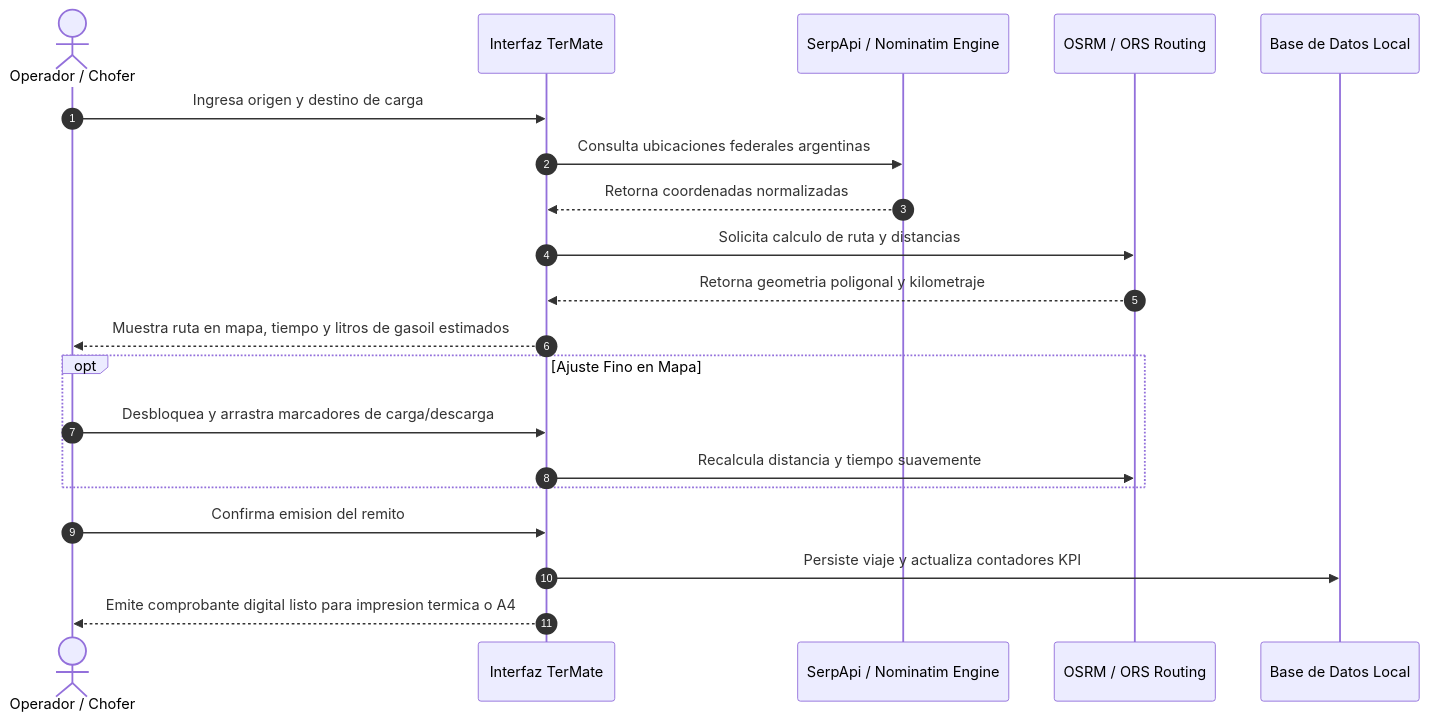
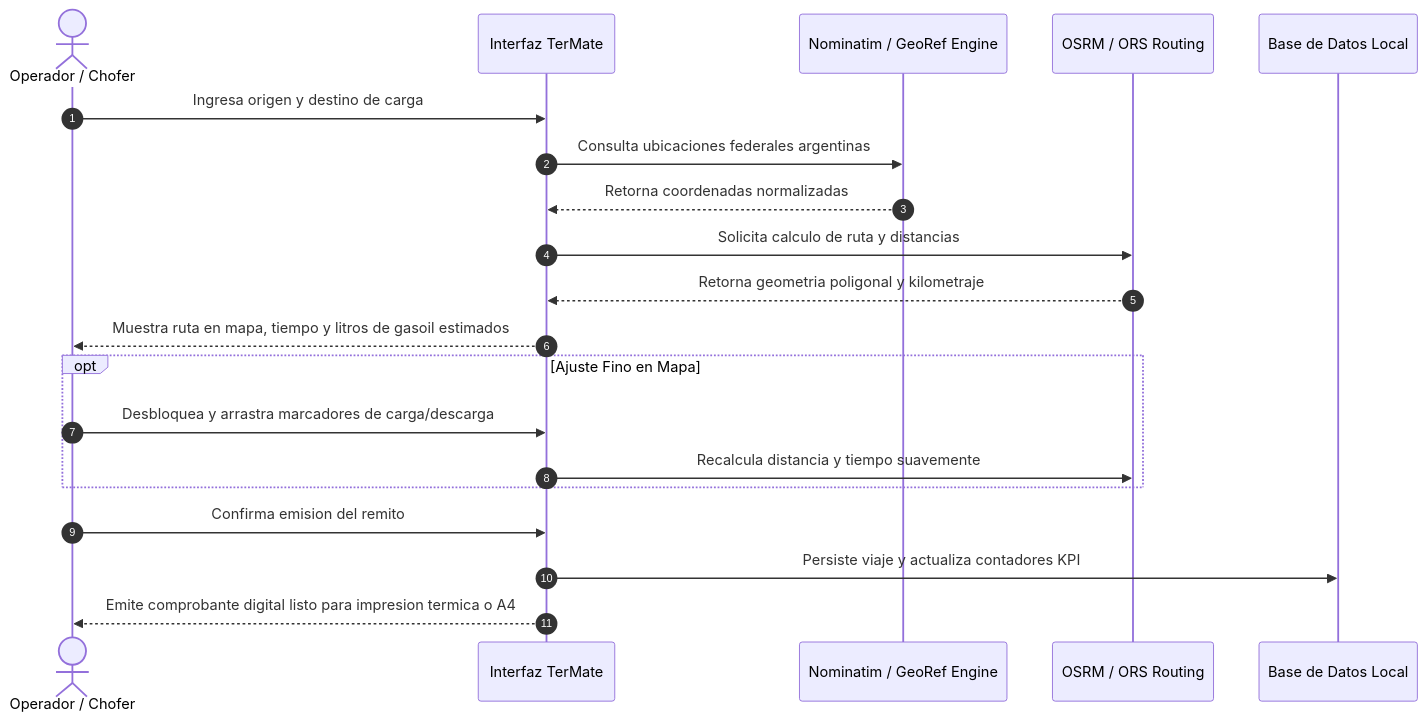
Before and after one commit to agus123e21/TerMate: the second of 4 diagrams in DESIGN.md, drawn with Mermaid. The commit also changed other lines of this file and 2 other files, not shown here.

````diff
--- a/DESIGN.md
+++ b/DESIGN.md
@@ -50,25 +50,25 @@
 ```mermaid
 sequenceDiagram
     autonumber
     actor Operador as Operador / Chofer
     participant UI as Interfaz TerMate
-    participant GeoAPI as SerpApi / Nominatim Engine
+    participant GeoAPI as Nominatim / GeoRef Engine
     participant RouteEngine as OSRM / ORS Routing
     participant Storage as Base de Datos Local
 
     Operador->>UI: Ingresa origen y destino de carga
     UI->>GeoAPI: Consulta ubicaciones federales argentinas
     GeoAPI-->>UI: Retorna coordenadas normalizadas
     UI->>RouteEngine: Solicita calculo de ruta y distancias
     RouteEngine-->>UI: Retorna geometria poligonal y kilometraje
     UI-->>Operador: Muestra ruta en mapa, tiempo y litros de gasoil estimados
     
     opt Ajuste Fino en Mapa
         Operador->>UI: Desbloquea y arrastra marcadores de carga/descarga
         UI->>RouteEngine: Recalcula distancia y tiempo suavemente
     end
 
     Operador->>UI: Confirma emision del remito
     UI->>Storage: Persiste viaje y actualiza contadores KPI
     UI-->>Operador: Emite comprobante digital listo para impresion termica o A4
 ```
````
